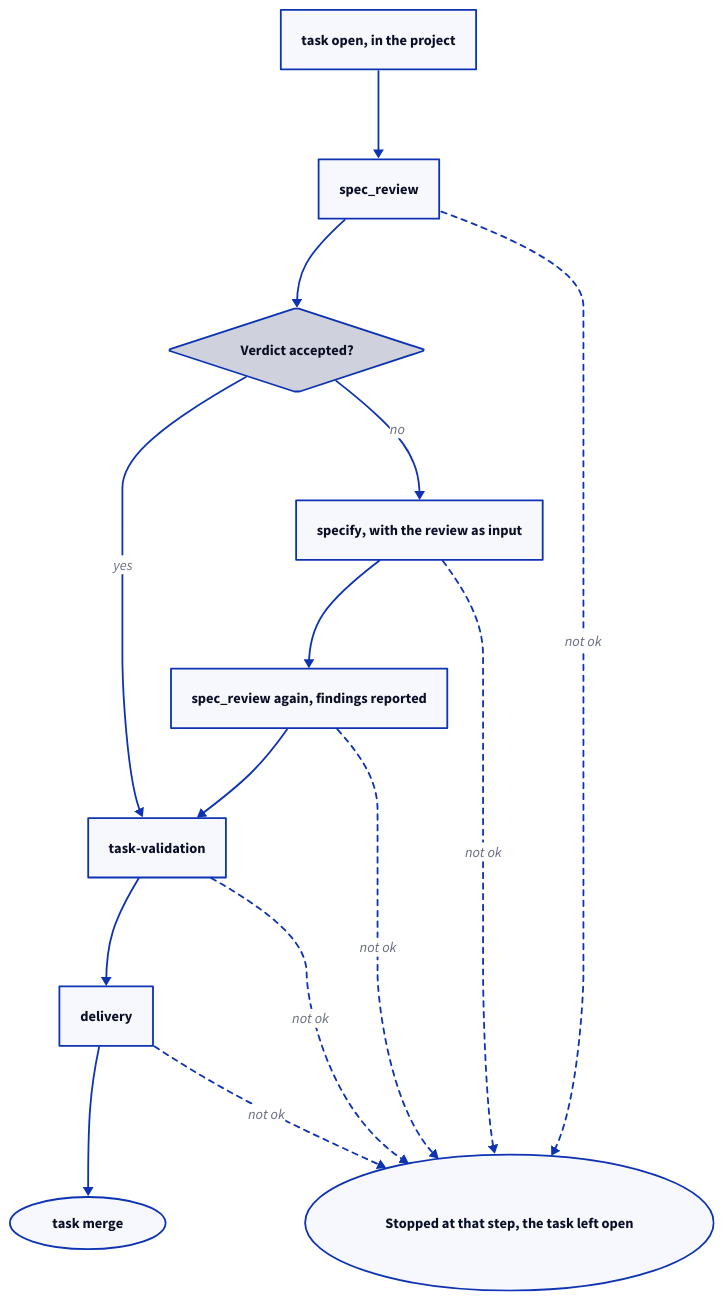
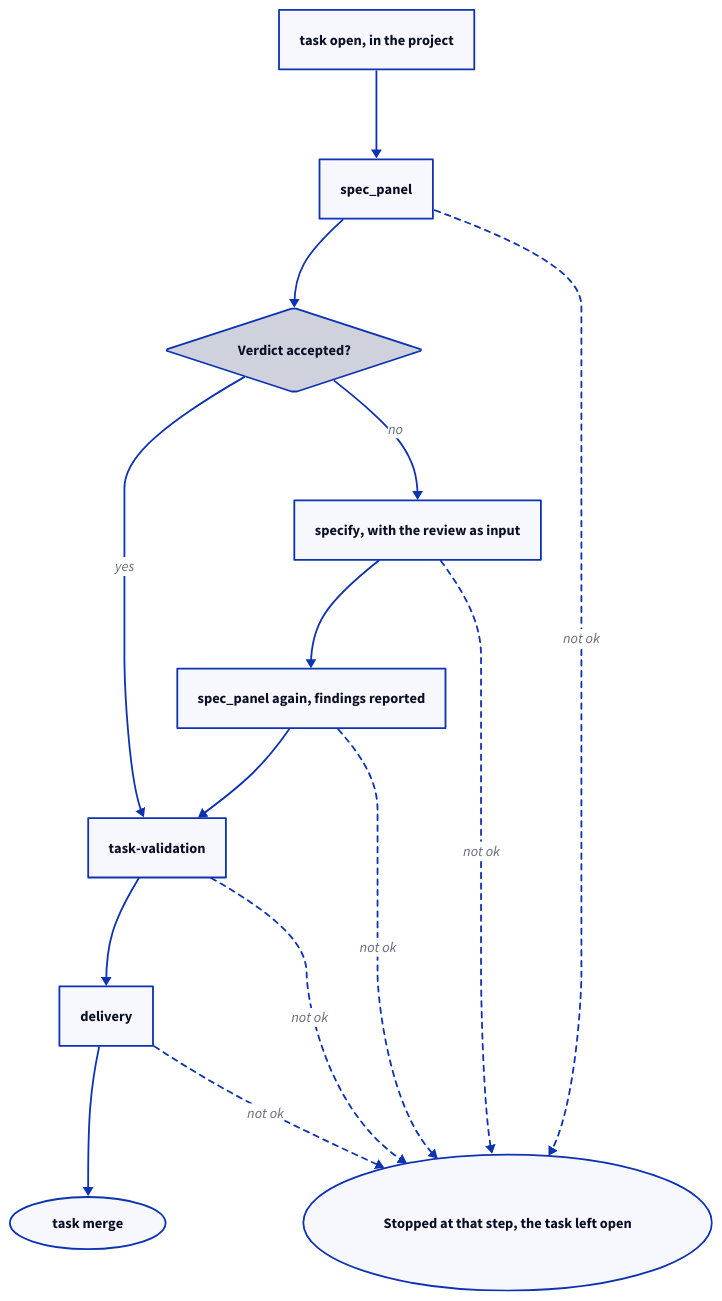
Before and after one commit to FTOD/concorde: the second of 2 diagrams in specs/concorde/e2e/cases/module.md, drawn with D2. The commit also changed other lines of this file and 61 other files, not shown here.

First line of the commit message:
Remove the spec_review Operation; spec_panel is the only Spec review

````diff
--- a/specs/concorde/e2e/cases/module.md
+++ b/specs/concorde/e2e/cases/module.md
@@ -133,23 +133,23 @@
 ```d2 illustrative
 direction: down
 open: "task open, in the project"
-review: "spec_review"
+review: "spec_panel"
 accepted: "Verdict accepted?" {shape: diamond}
 specify: "specify, with the review as input"
-again: "spec_review again, findings reported"
+again: "spec_panel again, findings reported"
 validate: "task-validation"
 delivery: "delivery"
 merge: "task merge" {shape: oval}
 stop: "Stopped at that step, the task left open" {shape: oval}
 open -> review
 review -> accepted
 accepted -> validate: yes
 accepted -> specify: no
 specify -> again -> validate
 validate -> delivery -> merge
 review -> stop: "not ok" {style.stroke-dash: 3}
 specify -> stop: "not ok" {style.stroke-dash: 3}
 again -> stop: "not ok" {style.stroke-dash: 3}
 validate -> stop: "not ok" {style.stroke-dash: 3}
 delivery -> stop: "not ok" {style.stroke-dash: 3}
 ```
````
